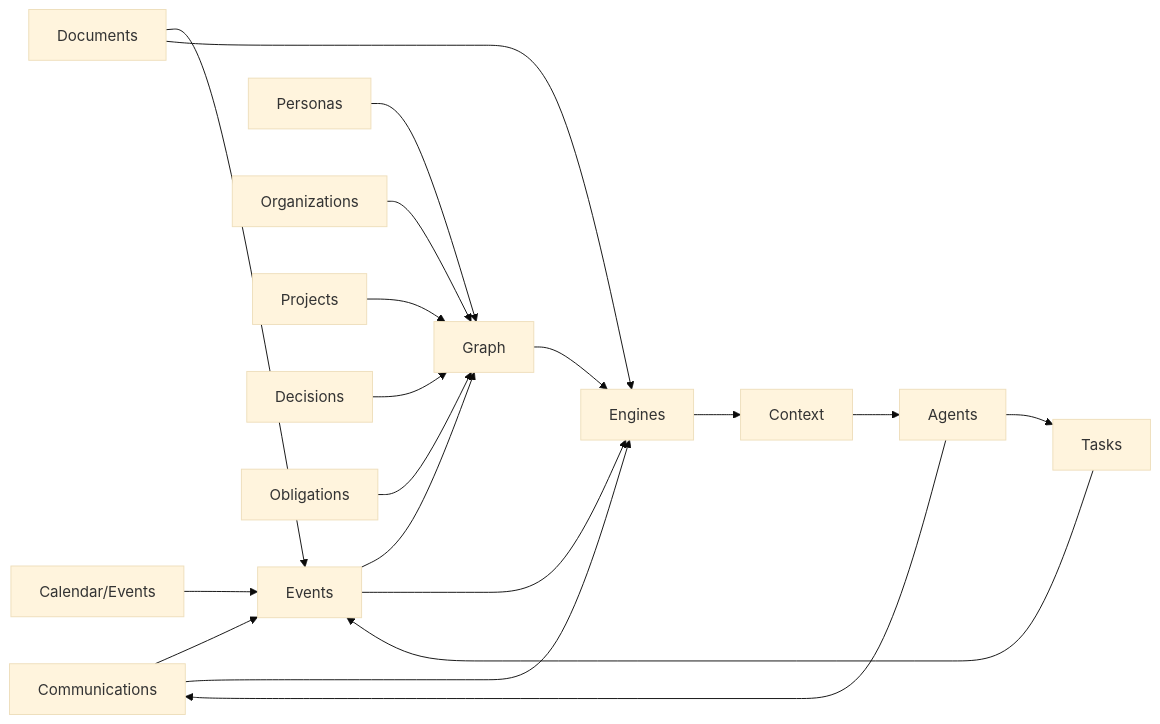
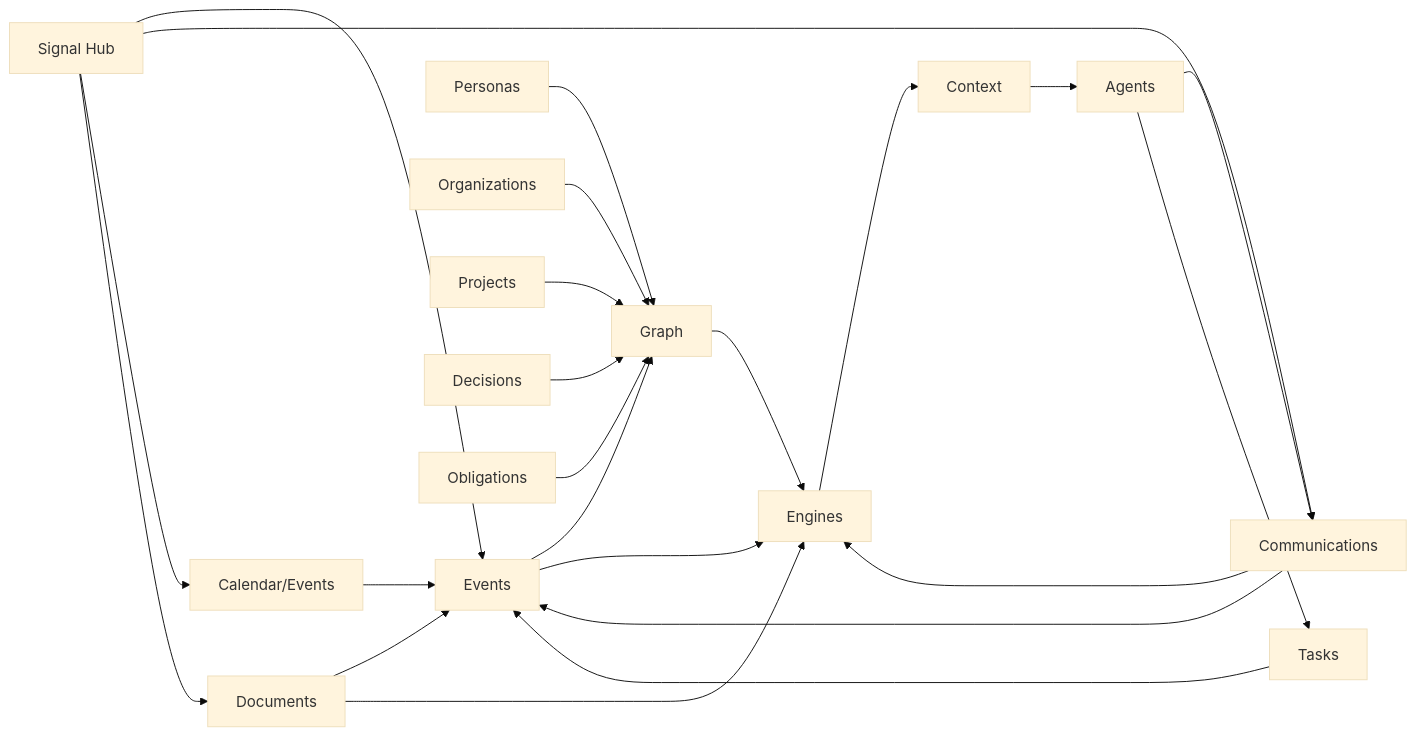
One commit to Mesteriis/hermes-os changed the diagram in docs/architecture/domain-map.md. Above: the diagram before and after it, drawn with Mermaid (base theme). The commit also changed other lines of this file and 20 other files, not shown here.

Commit message:
Document Signal Hub domain and ADRs

````diff
--- a/docs/architecture/domain-map.md
+++ b/docs/architecture/domain-map.md
@@ -8,21 +8,25 @@
 ```mermaid
 flowchart LR
+    SignalHub["Signal Hub"] --> Events
+    SignalHub --> Communications
+    SignalHub --> Calendar
+    SignalHub --> Documents
     Communications --> Events
     Documents --> Events
     Calendar["Calendar/Events"] --> Events
     Tasks --> Events
     Personas --> Graph
     Organizations --> Graph
     Projects --> Graph
     Decisions --> Graph
     Obligations --> Graph
     Events --> Graph
     Events --> Engines
     Graph --> Engines
     Documents --> Engines
     Communications --> Engines
     Engines --> Context
     Context --> Agents
     Agents --> Communications
     Agents --> Tasks
 ```
````
